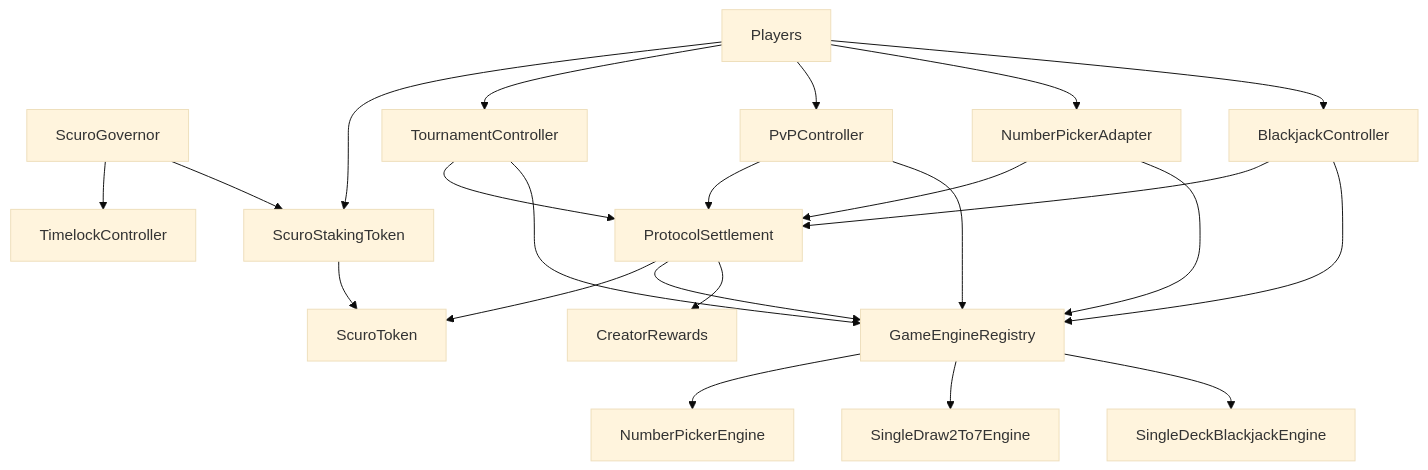
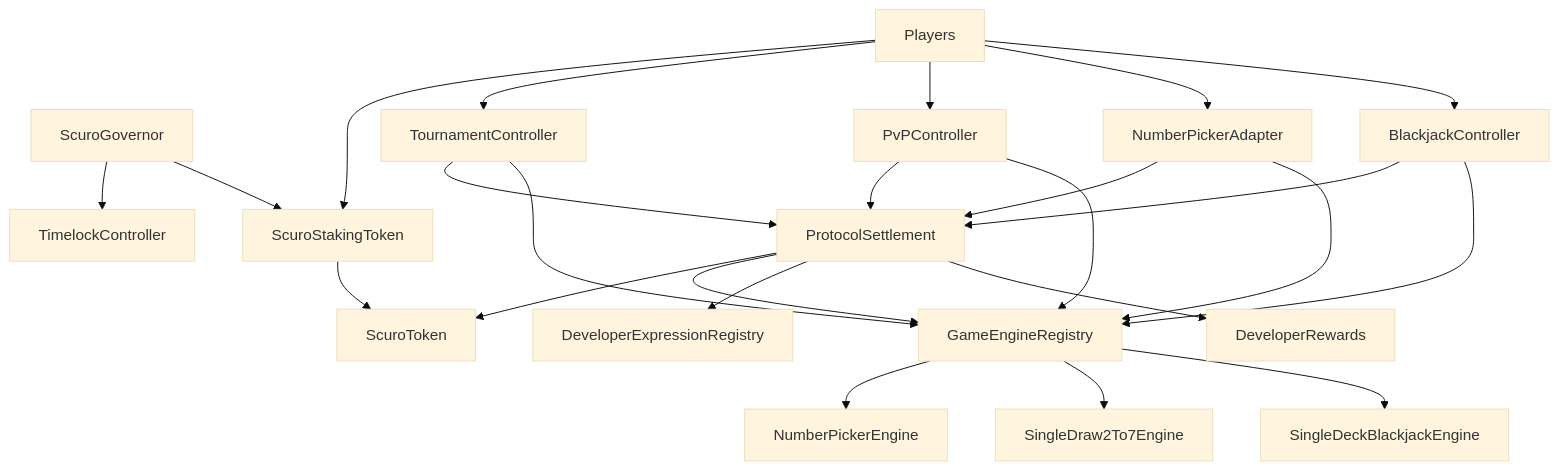
Before and after one commit to zachdt/scuro: the diagram in README.md, drawn with Mermaid (base theme). The commit also changed other lines of this file and 24 other files, not shown here.

Commit message:
Review developer rewards refactor —

````diff
--- a/README.md
+++ b/README.md
@@ -107,45 +122,47 @@
 ```mermaid
 graph TB
     Player["Players"]
     Gov["ScuroGovernor"]
     Time["TimelockController"]
     Token["ScuroToken"]
     Stake["ScuroStakingToken"]
     Settle["ProtocolSettlement"]
     Registry["GameEngineRegistry"]
-    Rewards["CreatorRewards"]
+    Expressions["DeveloperExpressionRegistry"]
+    Rewards["DeveloperRewards"]
     Tour["TournamentController"]
     PvP["PvPController"]
     Solo["NumberPickerAdapter"]
     Num["NumberPickerEngine"]
     Poker["SingleDraw2To7Engine"]
     BjCtrl["BlackjackController"]
     Bj["SingleDeckBlackjackEngine"]
 
     Player --> Stake
     Player --> Tour
     Player --> PvP
     Player --> Solo
     Player --> BjCtrl
 
     Stake --> Token
     Gov --> Time
     Gov --> Stake
 
     Tour --> Settle
     Tour --> Registry
     PvP --> Settle
     PvP --> Registry
     Solo --> Settle
     Solo --> Registry
     BjCtrl --> Settle
     BjCtrl --> Registry
 
     Settle --> Token
     Settle --> Registry
+    Settle --> Expressions
     Settle --> Rewards
 
     Registry --> Num
     Registry --> Poker
     Registry --> Bj
 ```
````
